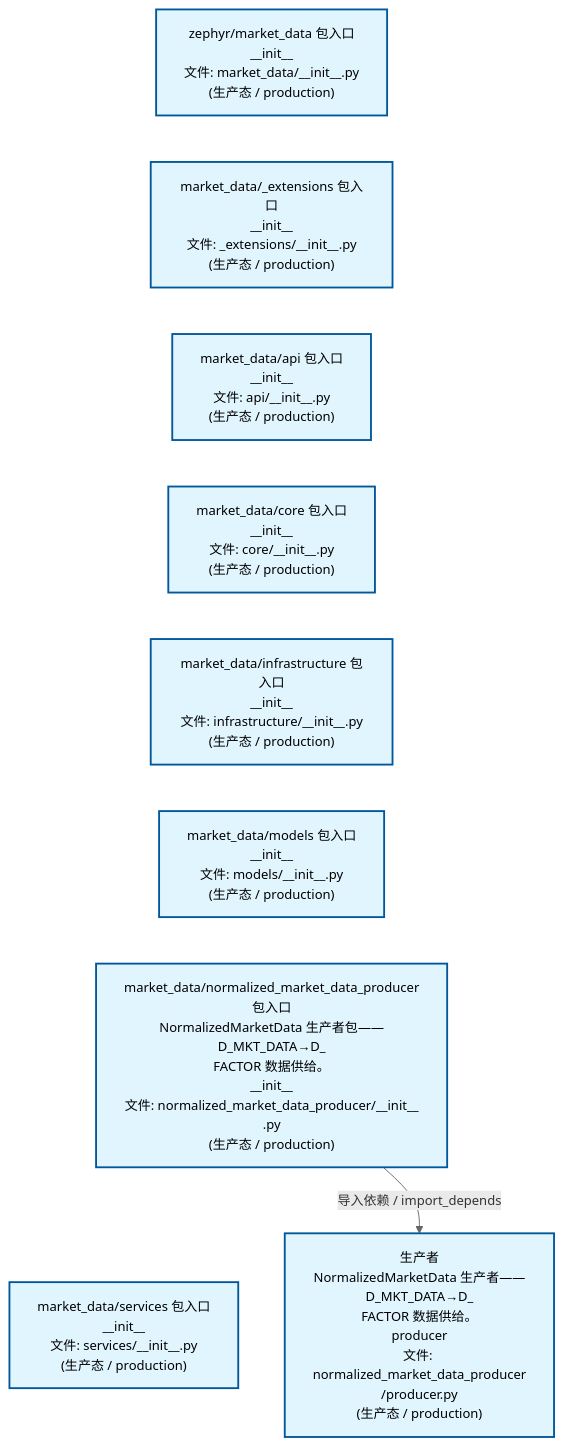
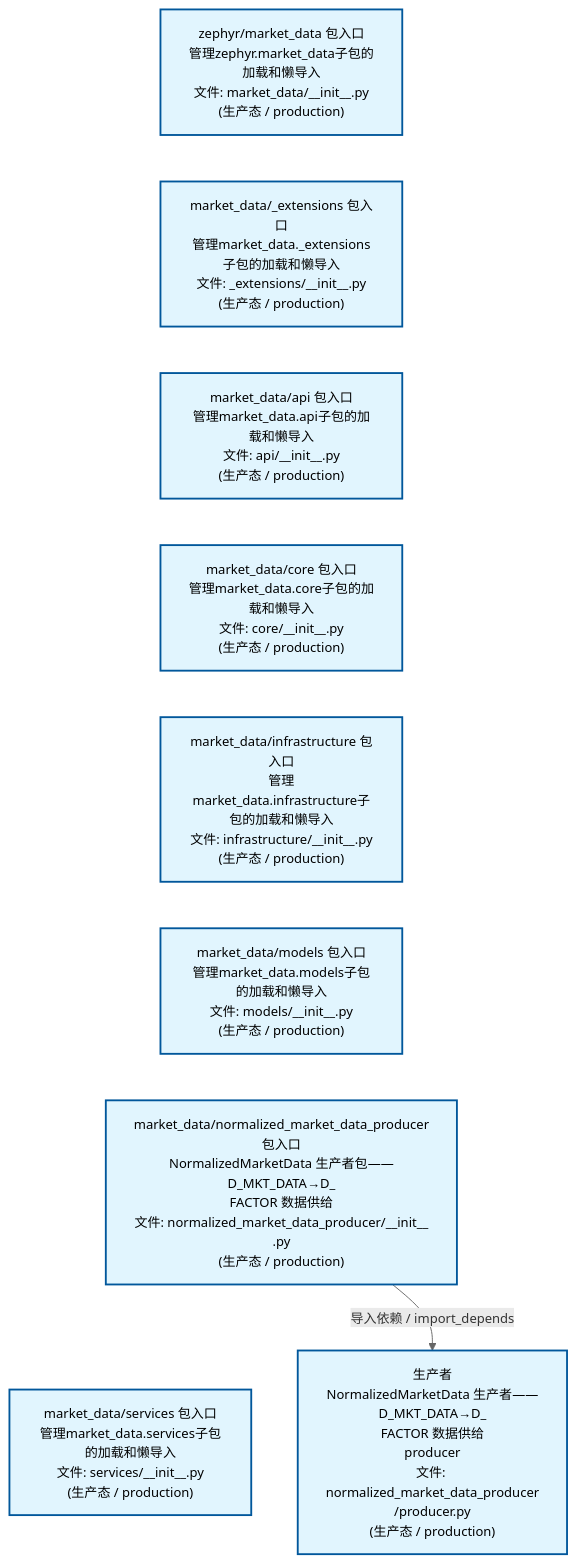
One commit to xuanFelixVan/ZephyrAlpha changed the second of 4 diagrams in docs/02_enterprise_architecture/02_domain_architecture_docs/23_d_mkt_data.md. Above: the diagram before and after it, drawn with Mermaid. The commit also changed other lines of this file and 62 other files, not shown here.

````diff
--- a/docs/02_enterprise_architecture/02_domain_architecture_docs/23_d_mkt_data.md
+++ b/docs/02_enterprise_architecture/02_domain_architecture_docs/23_d_mkt_data.md
@@ -112,26 +112,26 @@
 ```mermaid
 %%{init: {'theme': 'base', 'themeVariables': {'primaryColor': '#eaeaea', 'primaryTextColor': '#333333', 'primaryBorderColor': '#666666', 'lineColor': '#666666', 'secondaryColor': '#eaeaea', 'tertiaryColor': '#eaeaea', 'fontSize': '14px'}}}%%
 flowchart TD
-    src_zephyr_market_data_init_py["zephyr/market_data 包入口<br/>__init__<br/>文件: market_data/__init__.py<br/>(生产态 / production)"]
-    src_zephyr_market_data_extensions_init_py["market_data/_extensions 包入口<br/>__init__<br/>文件: _extensions/__init__.py<br/>(生产态 / production)"]
-    src_zephyr_market_data_api_init_py["market_data/api 包入口<br/>__init__<br/>文件: api/__init__.py<br/>(生产态 / production)"]
-    src_zephyr_market_data_core_init_py["market_data/core 包入口<br/>__init__<br/>文件: core/__init__.py<br/>(生产态 / production)"]
-    src_zephyr_market_data_infrastructure_init_py["market_data/infrastructure 包入口<br/>__init__<br/>文件: infrastructure/__init__.py<br/>(生产态 / production)"]
-    src_zephyr_market_data_models_init_py["market_data/models 包入口<br/>__init__<br/>文件: models/__init__.py<br/>(生产态 / production)"]
-    src_zephyr_market_data_normalized_market_data_producer_init_py["market_data/normalized_market_data_producer<br/>包入口<br/>NormalizedMarketData 生产者包——D_MKT_DATA→D_<br/>FACTOR 数据供给。<br/>__init__<br/>文件: normalized_market_data_producer/__init__<br/>.py<br/>(生产态 / production)"]
-    src_zephyr_market_data_services_init_py["market_data/services 包入口<br/>__init__<br/>文件: services/__init__.py<br/>(生产态 / production)"]
+    src_zephyr_market_data_init_py["zephyr/market_data 包入口<br/>管理zephyr.market_data子包的加载和懒导入<br/>文件: market_data/__init__.py<br/>(生产态 / production)"]
+    src_zephyr_market_data_extensions_init_py["market_data/_extensions 包入口<br/>管理market_data._extensions子包的加载和懒导入<br/>文件: _extensions/__init__.py<br/>(生产态 / production)"]
+    src_zephyr_market_data_api_init_py["market_data/api 包入口<br/>管理market_data.api子包的加载和懒导入<br/>文件: api/__init__.py<br/>(生产态 / production)"]
+    src_zephyr_market_data_core_init_py["market_data/core 包入口<br/>管理market_data.core子包的加载和懒导入<br/>文件: core/__init__.py<br/>(生产态 / production)"]
+    src_zephyr_market_data_infrastructure_init_py["market_data/infrastructure 包入口<br/>管理market_data.infrastructure子包的加载和懒导入<br/>文件: infrastructure/__init__.py<br/>(生产态 / production)"]
+    src_zephyr_market_data_models_init_py["market_data/models 包入口<br/>管理market_data.models子包的加载和懒导入<br/>文件: models/__init__.py<br/>(生产态 / production)"]
+    src_zephyr_market_data_normalized_market_data_producer_init_py["market_data/normalized_market_data_producer<br/>包入口<br/>NormalizedMarketData 生产者包——D_MKT_DATA→D_<br/>FACTOR 数据供给<br/>文件: normalized_market_data_producer/__init__<br/>.py<br/>(生产态 / production)"]
+    src_zephyr_market_data_services_init_py["market_data/services 包入口<br/>管理market_data.services子包的加载和懒导入<br/>文件: services/__init__.py<br/>(生产态 / production)"]
     src_zephyr_market_data_init_py ~~~ src_zephyr_market_data_extensions_init_py
     src_zephyr_market_data_extensions_init_py ~~~ src_zephyr_market_data_api_init_py
     src_zephyr_market_data_api_init_py ~~~ src_zephyr_market_data_core_init_py
     src_zephyr_market_data_core_init_py ~~~ src_zephyr_market_data_infrastructure_init_py
     src_zephyr_market_data_infrastructure_init_py ~~~ src_zephyr_market_data_models_init_py
     src_zephyr_market_data_models_init_py ~~~ src_zephyr_market_data_normalized_market_data_producer_init_py
     src_zephyr_market_data_normalized_market_data_producer_init_py ~~~ src_zephyr_market_data_services_init_py
-    src_zephyr_market_data_normalized_market_data_producer_producer_py["生产者<br/>NormalizedMarketData 生产者——D_MKT_DATA→D_<br/>FACTOR 数据供给。<br/>producer<br/>文件: normalized_market_data_producer<br/>/producer.py<br/>(生产态 / production)"]
+    src_zephyr_market_data_normalized_market_data_producer_producer_py["生产者<br/>NormalizedMarketData 生产者——D_MKT_DATA→D_<br/>FACTOR 数据供给<br/>producer<br/>文件: normalized_market_data_producer<br/>/producer.py<br/>(生产态 / production)"]
     src_zephyr_market_data_normalized_market_data_producer_init_py -->|导入依赖 / import_depends| src_zephyr_market_data_normalized_market_data_producer_producer_py
     classDef production fill:#e1f5fe,stroke:#01579b,stroke-width:2px,color:#000
     classDef design fill:#fff3e0,stroke:#e65100,stroke-width:2px,color:#000,stroke-dasharray: 5 5
     classDef external_prod fill:#e8f4fd,stroke:#0277bd,stroke-width:1px,color:#000
     classDef external_design fill:#fff8e7,stroke:#ef6c00,stroke-width:1px,color:#000,stroke-dasharray: 5 5
     class src_zephyr_market_data_init_py,src_zephyr_market_data_extensions_init_py,src_zephyr_market_data_api_init_py,src_zephyr_market_data_core_init_py,src_zephyr_market_data_infrastructure_init_py,src_zephyr_market_data_models_init_py,src_zephyr_market_data_normalized_market_data_producer_init_py,src_zephyr_market_data_normalized_market_data_producer_producer_py,src_zephyr_market_data_services_init_py production
 ```
````
